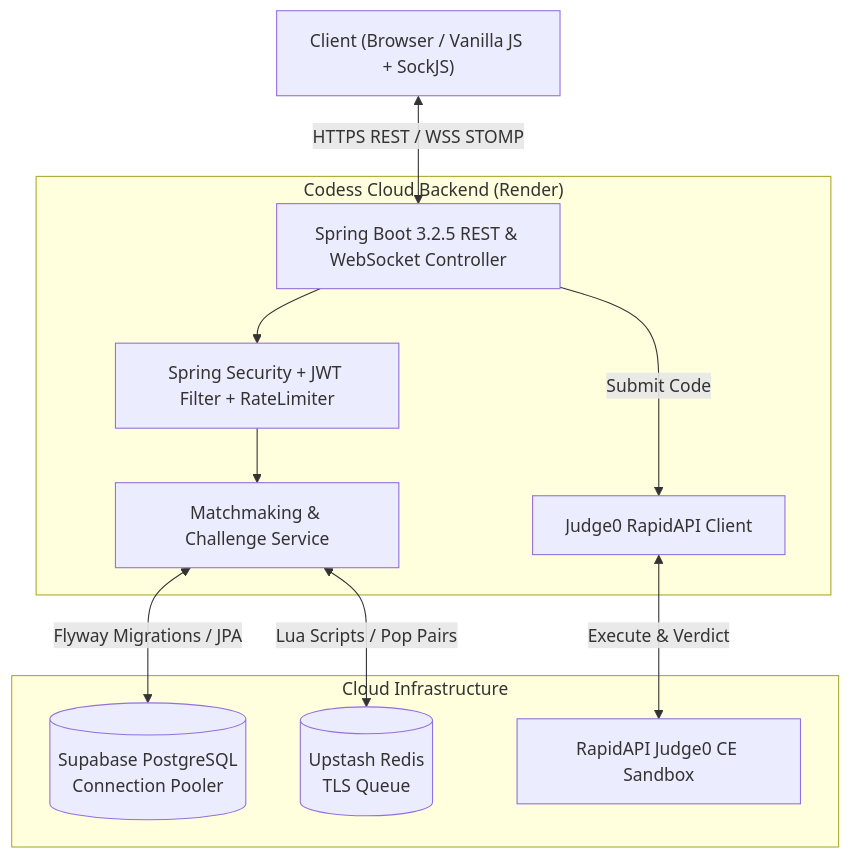
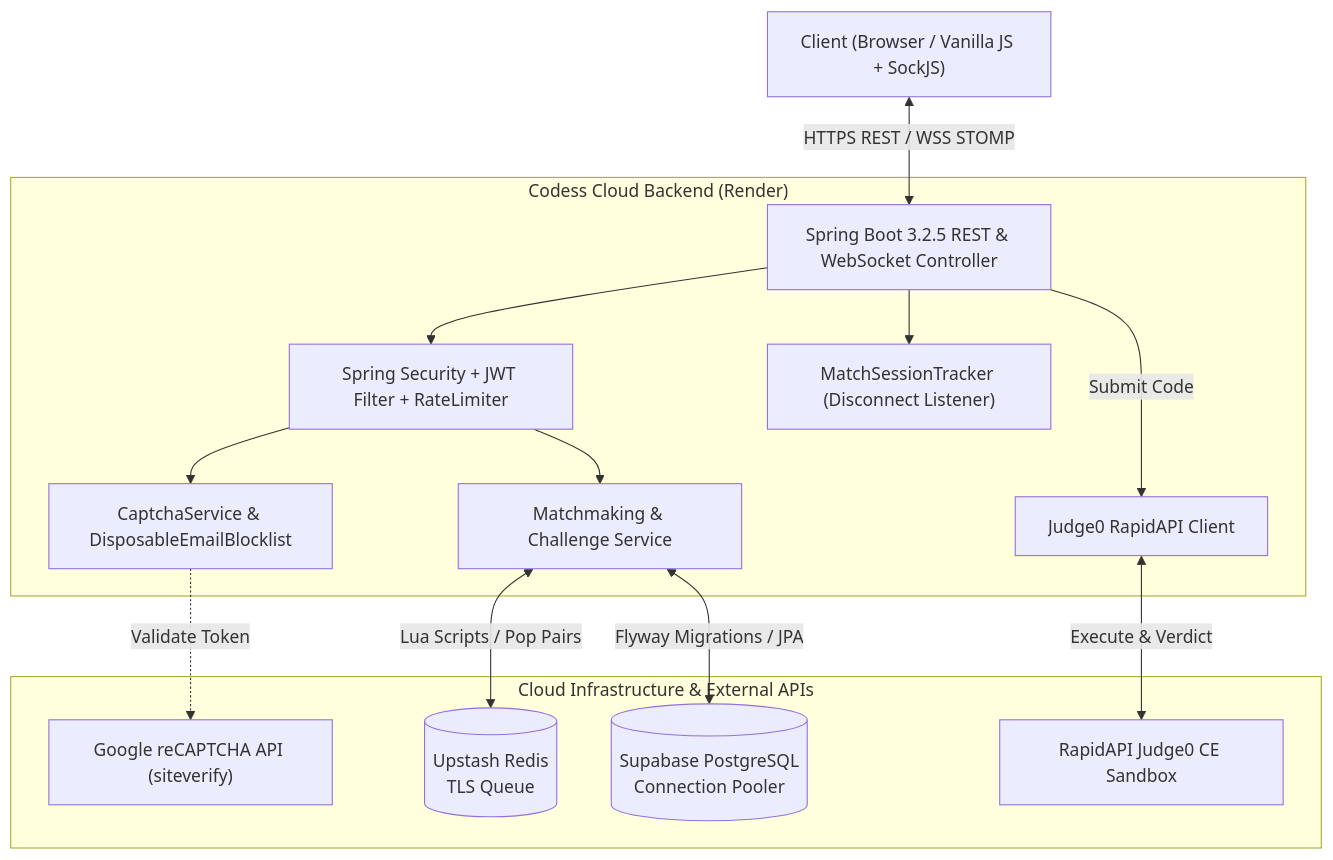
The diagram in README.md (Souvikkundu0901/coding-arena), drawn with Mermaid before and after one commit. The commit also changed other lines of this file and 2 other files, not shown here.

Commit message:
docs: update README and SECURITY.md with reCAPTCHA, email blocklist, disconnect forfeit, and security policy

````diff
--- a/README.md
+++ b/README.md
@@ -61,25 +65,31 @@
 ```mermaid
 flowchart TD
     Client["Client (Browser / Vanilla JS + SockJS)"]
     
     subgraph "Codess Cloud Backend (Render)"
         Gateway["Spring Boot 3.2.5 REST & WebSocket Controller"]
         Sec["Spring Security + JWT Filter + RateLimiter"]
+        Captcha["CaptchaService & DisposableEmailBlocklist"]
         MatchSvc["Matchmaking & Challenge Service"]
+        SessionTracker["MatchSessionTracker (Disconnect Listener)"]
         JudgeClient["Judge0 RapidAPI Client"]
     end
 
-    subgraph "Cloud Infrastructure"
+    subgraph "Cloud Infrastructure & External APIs"
         PG[(Supabase PostgreSQL\nConnection Pooler)]
         Redis[(Upstash Redis\nTLS Queue)]
         Judge0["RapidAPI Judge0 CE Sandbox"]
+        RecaptchaAPI["Google reCAPTCHA API (siteverify)"]
     end
 
     Client <-->|"HTTPS REST / WSS STOMP"| Gateway
     Gateway --> Sec
+    Sec --> Captcha
+    Captcha -.->|"Validate Token"| RecaptchaAPI
     Sec --> MatchSvc
+    Gateway --> SessionTracker
     MatchSvc <-->|"Lua Scripts / Pop Pairs"| Redis
     MatchSvc <-->|"Flyway Migrations / JPA"| PG
     Gateway -->|"Submit Code"| JudgeClient
     JudgeClient <-->|"Execute & Verdict"| Judge0
 ```
````
